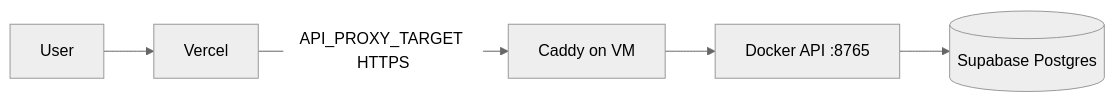
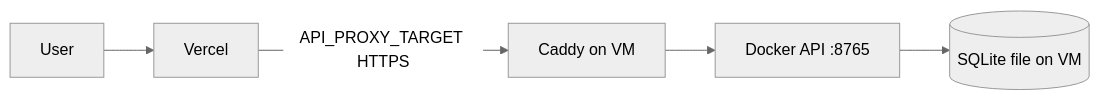
The diagram in DEPLOYMENT_OCI.md (Sousa-16/PRAXISWeb), drawn with Mermaid (neutral theme) before and after one commit. The commit also changed other lines of this file and 5 other files, not shown here.

First line of the commit message:
Document the live SQLite stack and drop unused Supabase references.

````diff
--- a/DEPLOYMENT_OCI.md
+++ b/DEPLOYMENT_OCI.md
@@ -5,7 +5,7 @@
 ```mermaid
 flowchart LR
   User --> Vercel
   Vercel -->|API_PROXY_TARGET HTTPS| Caddy[Caddy on VM]
   Caddy --> API[Docker API :8765]
-  API --> Supabase[(Supabase Postgres)]
+  API --> SQLite[(SQLite file on VM)]
 ```
````
